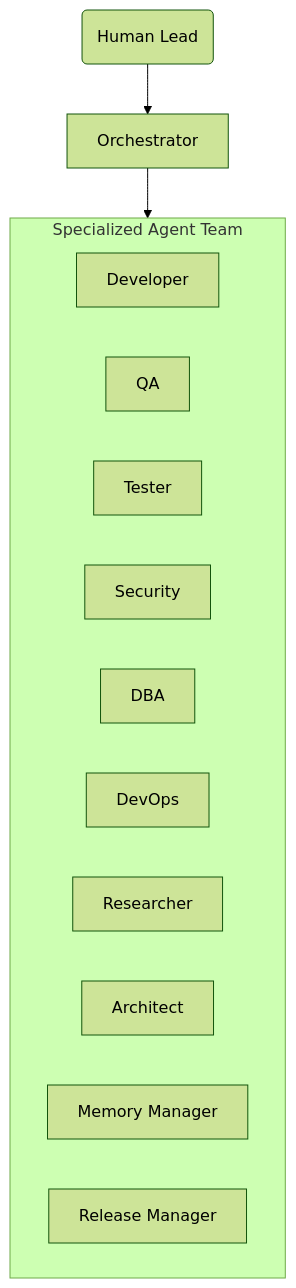
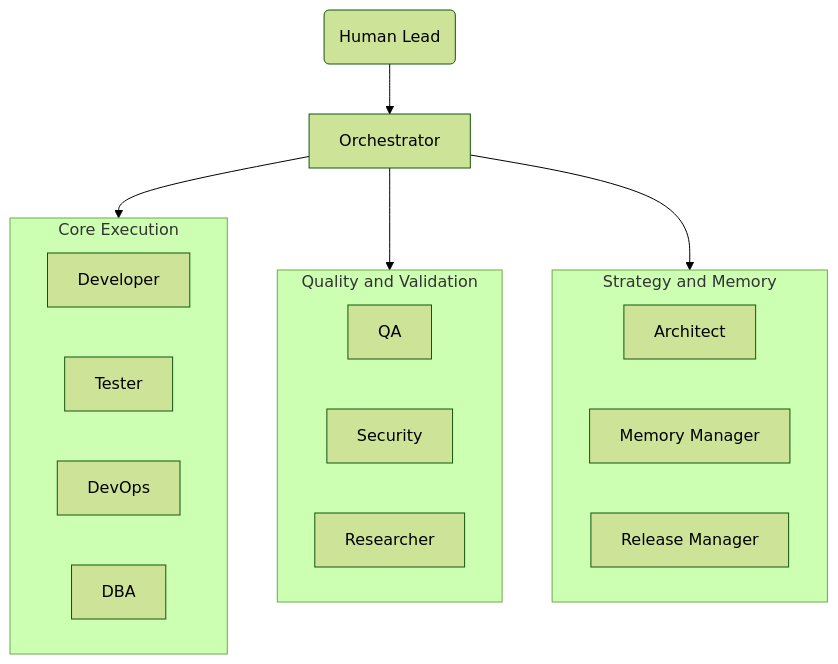
Before and after one commit to olitech1010/dev-os: the first of 2 diagrams in README.md, drawn with Mermaid (forest theme). The commit also changed other lines of this file and 26 other files, not shown here.

````diff
--- a/README.md
+++ b/README.md
@@ -21,17 +410,27 @@
 ```mermaid
 flowchart TD
     Human(Human Lead) --> Orchestrator
-    Orchestrator --> Agents
-    subgraph Agents [Specialized Agent Team]
+
+    subgraph CE["Core Execution"]
         Developer
+        Tester
+        DevOps
+        DBA
+    end
+
+    subgraph QV["Quality and Validation"]
         QA
-        Tester
         Security
-        DBA
-        DevOps
         Researcher
+    end
+
+    subgraph SM["Strategy and Memory"]
         Architect
         MemoryManager[Memory Manager]
         ReleaseManager[Release Manager]
     end
+
+    Orchestrator --> CE
+    Orchestrator --> QV
+    Orchestrator --> SM
 ```
````
